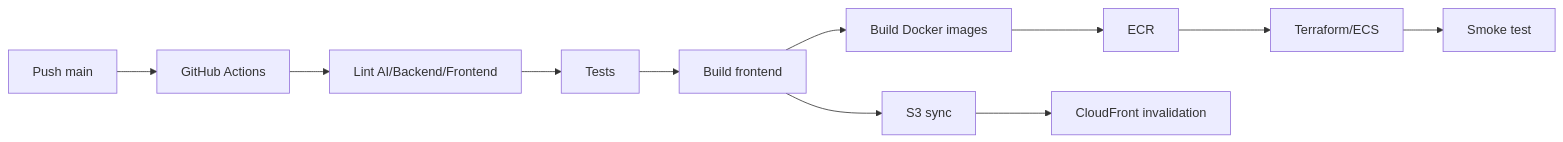
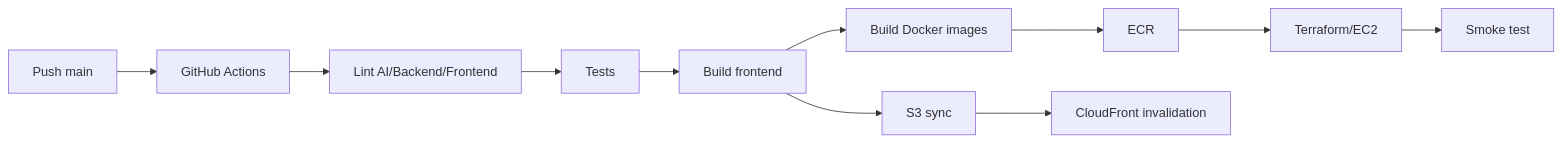
One commit to b-shadow/parcialsw changed the diagram in docs/fase11/diagramas/flujo_cicd.mmd. Above: the diagram before and after it, drawn with Mermaid. The commit also changed 27 other files, not shown here.

```diff
--- a/docs/fase11/diagramas/flujo_cicd.mmd
+++ b/docs/fase11/diagramas/flujo_cicd.mmd
@@ -1,11 +1,11 @@
 flowchart LR
     A[Push main] --> B[GitHub Actions]
     B --> C[Lint AI/Backend/Frontend]
     C --> D[Tests]
     D --> E[Build frontend]
     E --> F[Build Docker images]
     F --> G[ECR]
-    G --> H[Terraform/ECS]
+    G --> H[Terraform/EC2]
     E --> I[S3 sync]
     I --> J[CloudFront invalidation]
     H --> K[Smoke test]
```
